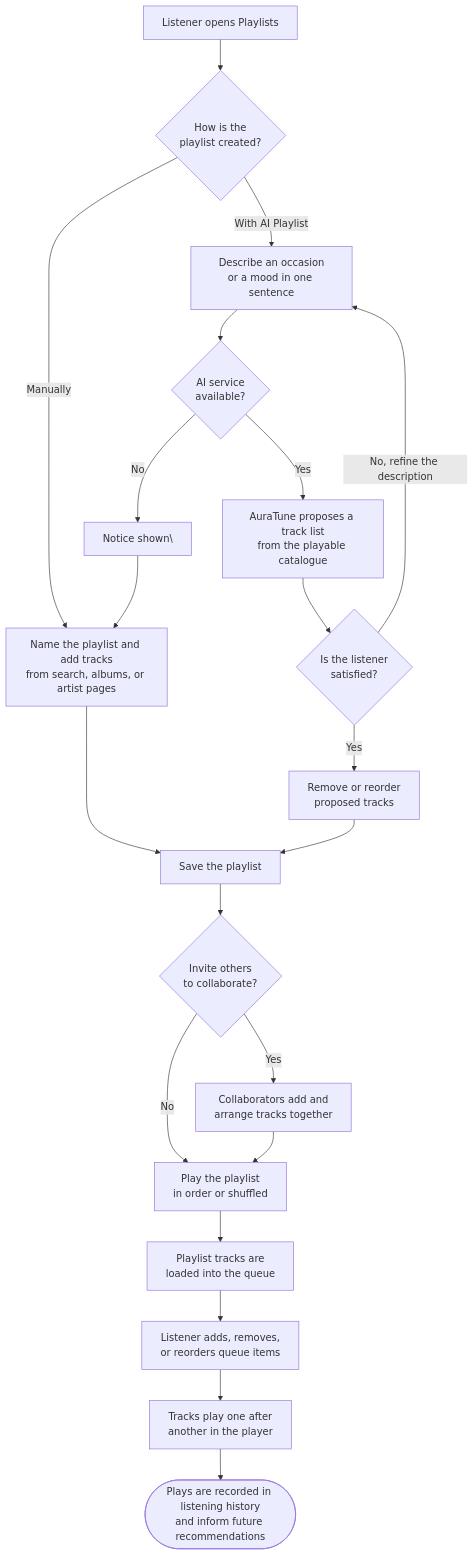
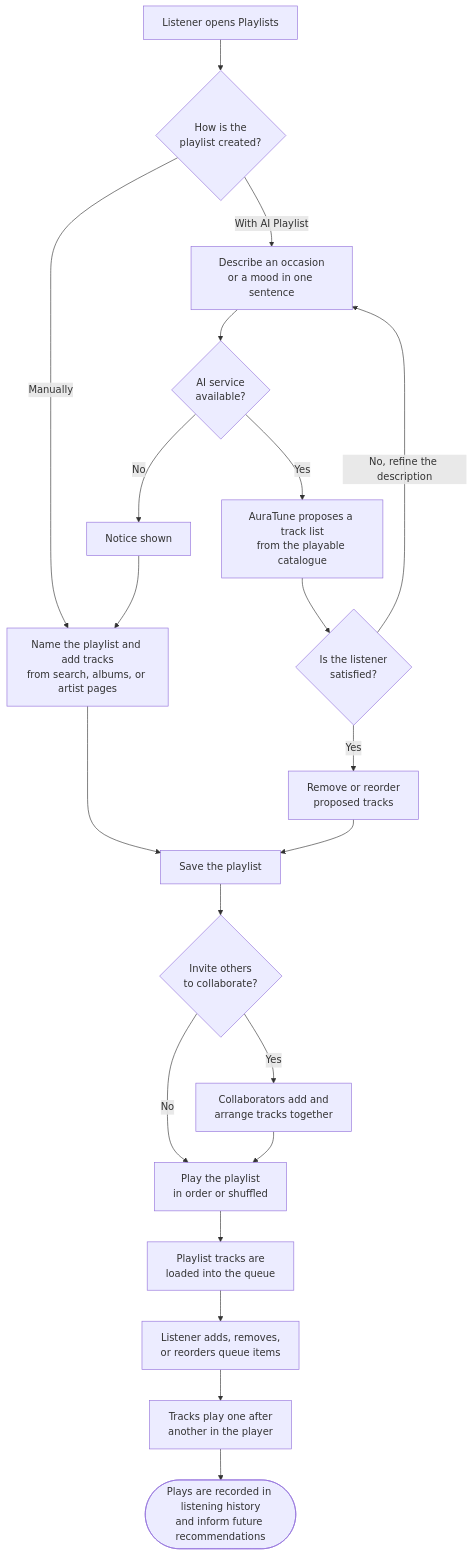
Before and after one commit to lecongminhnhut/AuraTune_G10: the third of 3 diagrams in docs/proposal/Auratune_Vision_Document.md, drawn with Mermaid. The commit also changed other lines of this file and 1 other file, not shown here.

````diff
--- a/docs/proposal/Auratune_Vision_Document.md
+++ b/docs/proposal/Auratune_Vision_Document.md
@@ -378,22 +563,22 @@
 ```mermaid
 flowchart TD
     A[Listener opens Playlists] --> B{How is the<br/>playlist created?}
     B -- Manually --> C[Name the playlist and add tracks<br/>from search, albums, or artist pages]
     B -- With AI Playlist --> D[Describe an occasion<br/>or a mood in one sentence]
     D --> E{AI service<br/>available?}
-    E -- No --> F\[Notice shown\] --> C
+    E -- No --> F[Notice shown] --> C
     E -- Yes --> G[AuraTune proposes a track list<br/>from the playable catalogue]
     G --> H{Is the listener<br/>satisfied?}
     H -- No, refine the description --> D
     H -- Yes --> I[Remove or reorder<br/>proposed tracks]
     C --> J[Save the playlist]
     I --> J
     J --> K{Invite others<br/>to collaborate?}
     K -- Yes --> L[Collaborators add and<br/>arrange tracks together]
     K -- No --> M
     L --> M[Play the playlist<br/>in order or shuffled]
     M --> N[Playlist tracks are<br/>loaded into the queue]
     N --> O[Listener adds, removes,<br/>or reorders queue items]
     O --> P[Tracks play one after<br/>another in the player]
     P --> Q([Plays are recorded in listening history<br/>and inform future recommendations])
 ```
````
